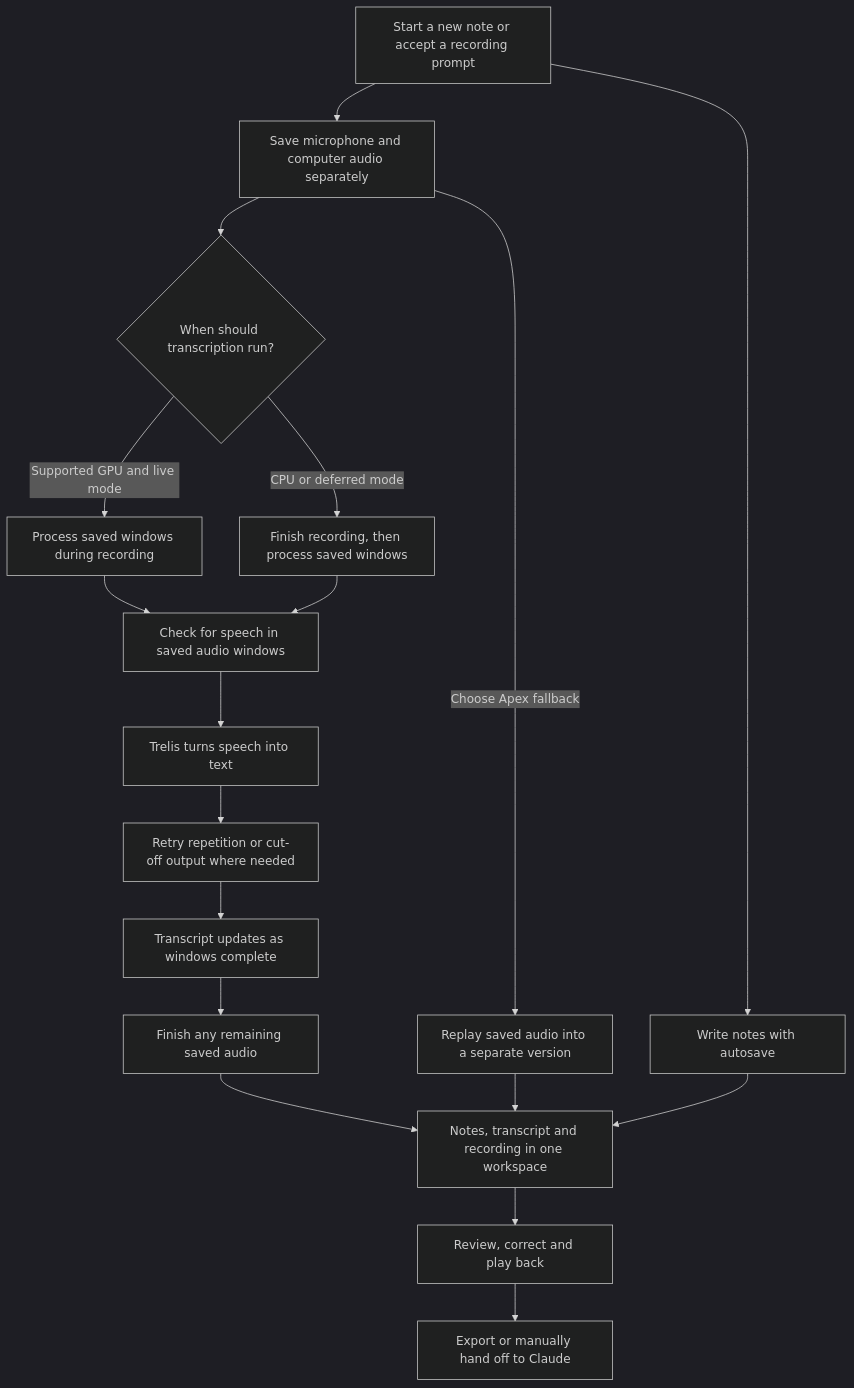
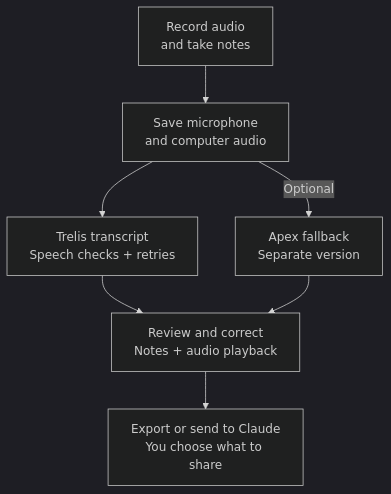
Before and after one commit to Ripplescale/Oats_Transcription_Platform: the diagram in README.md, drawn with Mermaid (dark theme). The commit also changed other lines of this file, not shown here.

Commit message:
Compact the README transcription flowchart

````diff
--- a/README.md
+++ b/README.md
@@ -49,20 +49,9 @@
 ```mermaid
 flowchart TD
-    A["Start a new note or accept a recording prompt"] --> B["Save microphone and computer audio separately"]
-    A --> N["Write notes with autosave"]
-    B --> C{"When should transcription run?"}
-    C -->|"Supported GPU and live mode"| D["Process saved windows during recording"]
-    C -->|"CPU or deferred mode"| E["Finish recording, then process saved windows"]
-    D --> P["Check for speech in saved audio windows"]
-    E --> P
-    P --> F["Trelis turns speech into text"]
-    F --> G["Retry repetition or cut-off output where needed"]
-    G --> H["Transcript updates as windows complete"]
-    H --> I["Finish any remaining saved audio"]
-    I --> J["Notes, transcript and recording in one workspace"]
-    N --> J
-    B -->|"Choose Apex fallback"| K["Replay saved audio into a separate version"]
-    K --> J
-    J --> L["Review, correct and play back"]
-    L --> M["Export or manually hand off to Claude"]
+    A["Record audio<br/>and take notes"] --> B["Save microphone<br/>and computer audio"]
+    B --> C["Trelis transcript<br/>Speech checks + retries"]
+    B -->|"Optional"| D["Apex fallback<br/>Separate version"]
+    C --> E["Review and correct<br/>Notes + audio playback"]
+    D --> E
+    E --> F["Export or send to Claude<br/>You choose what to share"]
 ```
````
